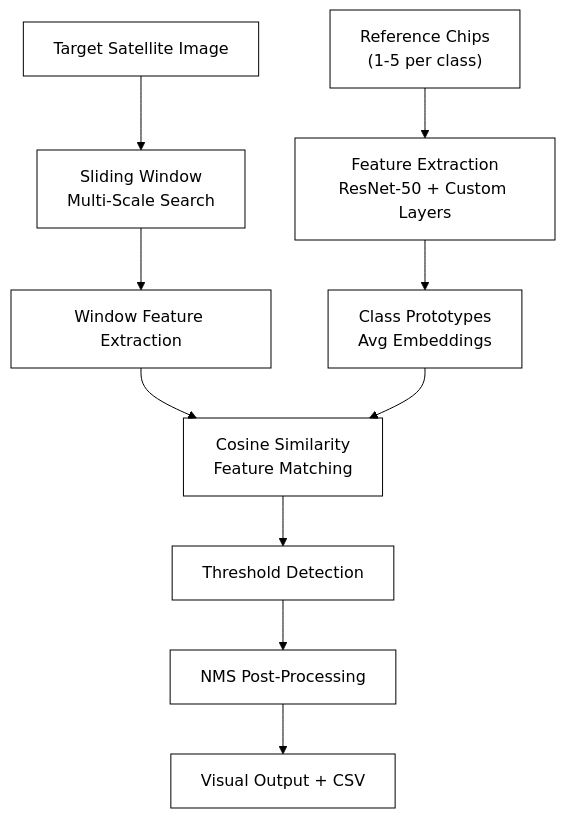
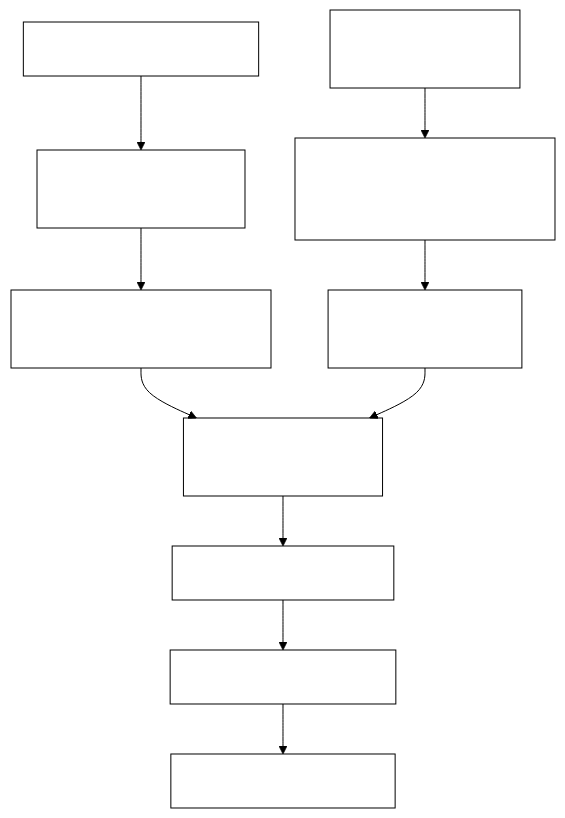
The diagram in README.md (Ansarafsar/satellite-imagery), drawn with Mermaid (forest theme) before and after one commit.

````diff
--- a/README.md
+++ b/README.md
@@ -20,23 +20,21 @@
 ```mermaid
 graph TD
     A["Reference Chips\n(1-5 per class)"] --> B["Feature Extraction\nResNet-50 + Custom Layers"]
     B --> C["Class Prototypes\nAvg Embeddings"]
     D["Target Satellite Image"] --> E["Sliding Window\nMulti-Scale Search"]
     E --> F["Window Feature Extraction"]
     F --> G["Cosine Similarity\nFeature Matching"]
     C --> G
     G --> H["Threshold Detection"]
     H --> I["NMS Post-Processing"]
     I --> J["Visual Output + CSV"]
 
-    classDef process fill:none,stroke:#000,stroke-width:1px,color:#000;
-    classDef data fill:none,stroke:#000,stroke-width:1px,color:#000;
-    classDef output fill:none,stroke:#000,stroke-width:1px,color:#000;
+    classDef process fill:none,stroke:#000,stroke-width:1px,color:#fff;
+    classDef data fill:none,stroke:#000,stroke-width:1px,color:#fff;
+    classDef output fill:none,stroke:#000,stroke-width:1px,color:#fff;
 
     class A,D data;
     class B,C,E,F,G,H,I process;
     class J output;
 
-
-
 ```
````
